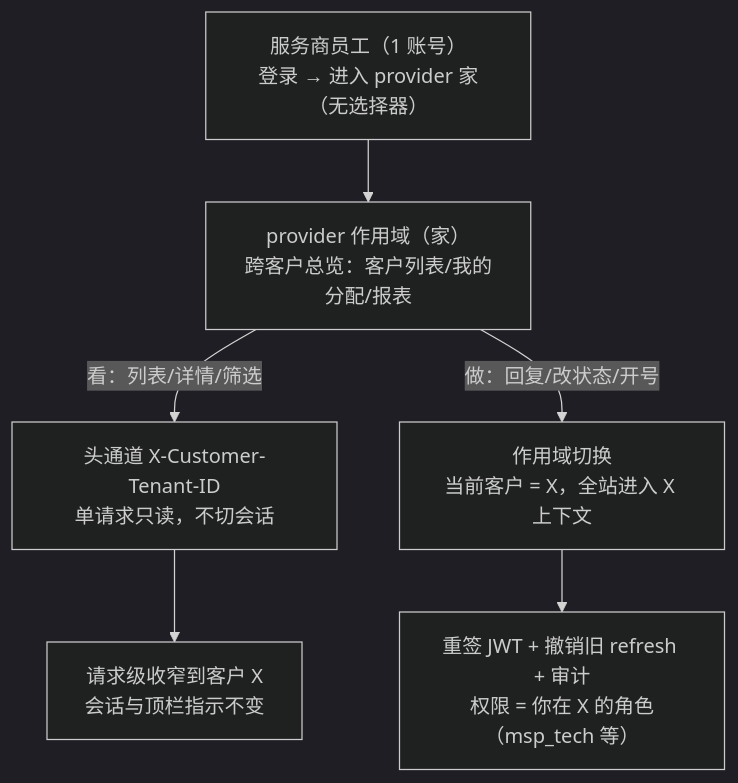
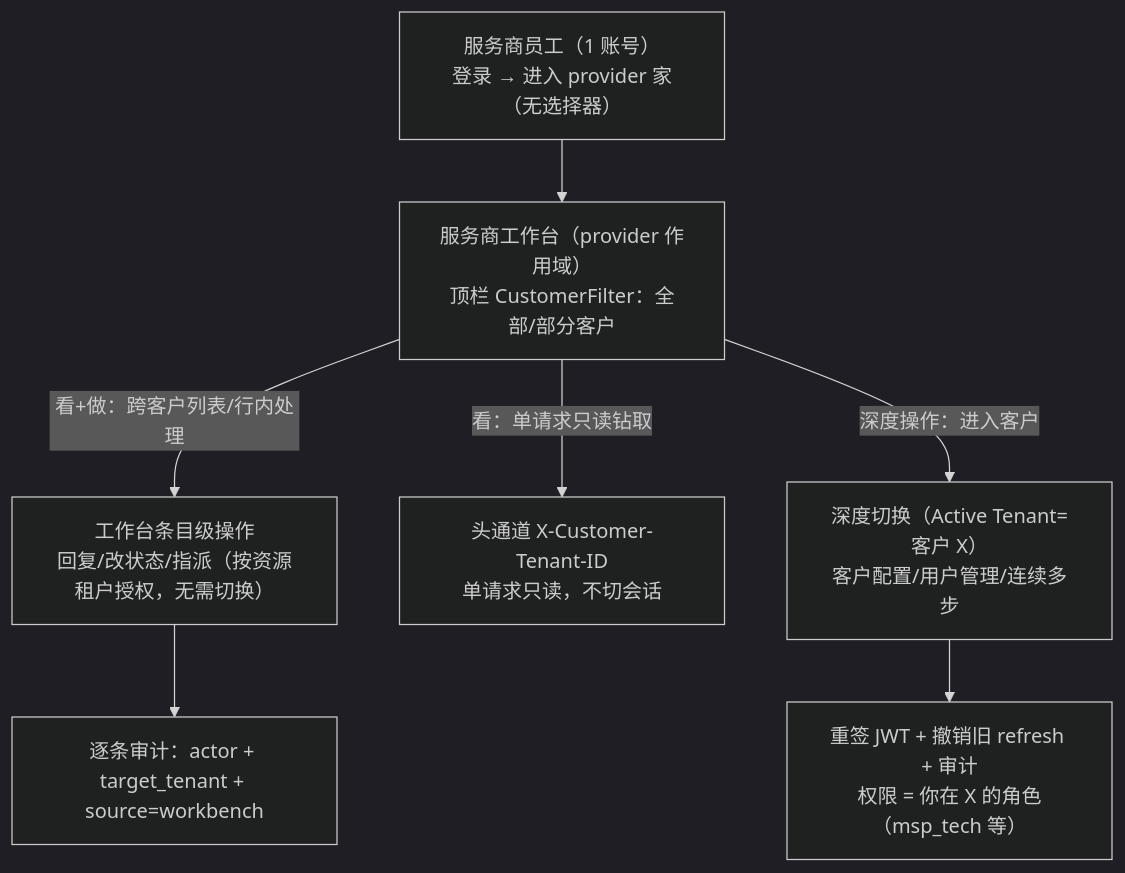
Before and after one commit to wwsheng009/itsm: the second of 14 diagrams in docs/multi-tenant/plan/msp-user-interaction-flows.md, drawn with Mermaid (dark theme). The commit also changed other lines of this file and 5 other files, not shown here.

````diff
--- a/docs/multi-tenant/plan/msp-user-interaction-flows.md
+++ b/docs/multi-tenant/plan/msp-user-interaction-flows.md
@@ -52,9 +52,10 @@
 ```mermaid
 flowchart TD
     S["服务商员工（1 账号）<br/>登录 → 进入 provider 家（无选择器）"] --> A
-    A["provider 作用域（家）<br/>跨客户总览：客户列表/我的分配/报表"]
-    A -->|"看：列表/详情/筛选"| B["头通道 X-Customer-Tenant-ID<br/>单请求只读，不切会话"]
-    A -->|"做：回复/改状态/开号"| C["作用域切换<br/>当前客户 = X，全站进入 X 上下文"]
-    B --> D["请求级收窄到客户 X<br/>会话与顶栏指示不变"]
-    C --> E["重签 JWT + 撤销旧 refresh + 审计<br/>权限 = 你在 X 的角色（msp_tech 等）"]
+    A["服务商工作台（provider 作用域）<br/>顶栏 CustomerFilter：全部/部分客户"]
+    A -->|"看+做：跨客户列表/行内处理"| B["工作台条目级操作<br/>回复/改状态/指派（按资源租户授权，无需切换）"]
+    A -->|"看：单请求只读钻取"| C["头通道 X-Customer-Tenant-ID<br/>单请求只读，不切会话"]
+    A -->|"深度操作：进入客户"| D["深度切换（Active Tenant=客户 X）<br/>客户配置/用户管理/连续多步"]
+    B --> E["逐条审计：actor + target_tenant + source=workbench"]
+    D --> F["重签 JWT + 撤销旧 refresh + 审计<br/>权限 = 你在 X 的角色（msp_tech 等）"]
 ```
````
